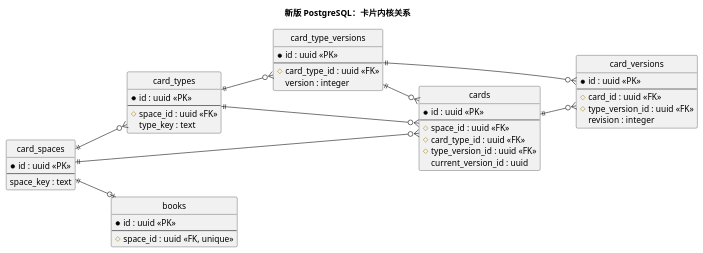
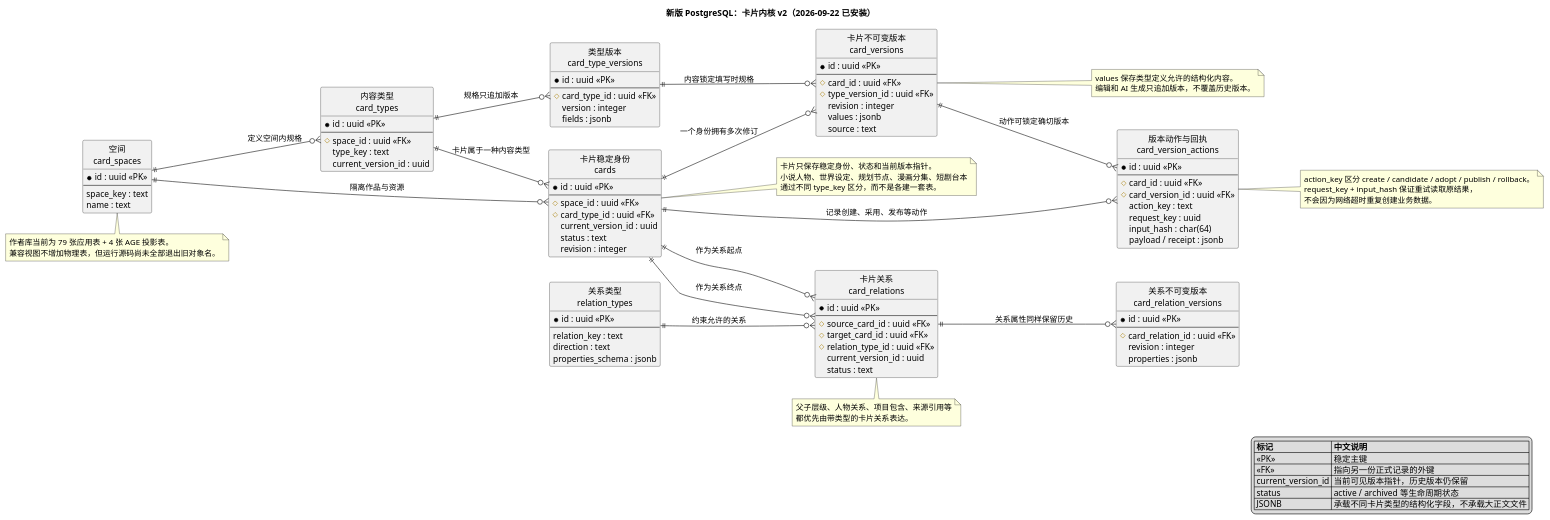
The diagram in doc/20架构/diagrams/card-kernel.puml (leqixiaozi/AI-Novel-Writing-Assistant), drawn with PlantUML before and after one commit. The commit also changed 12 other files, not shown here.

First line of the commit message:
docs(new-design): record installed card-kernel v2 schema

```diff
--- a/doc/20架构/diagrams/card-kernel.puml
+++ b/doc/20架构/diagrams/card-kernel.puml
@@ -1,53 +1,127 @@
 @startuml
-title 新版 PostgreSQL：卡片内核关系
+title 新版 PostgreSQL：卡片内核 v2（2026-09-22 已安装）
 left to right direction
 skinparam shadowing false
 hide circle
 
-entity "card_spaces" as spaces {
+entity "空间\ncard_spaces" as spaces {
   * id : uuid <<PK>>
   --
   space_key : text
+  name : text
 }
-entity "card_types" as types {
+entity "内容类型\ncard_types" as types {
   * id : uuid <<PK>>
   --
   # space_id : uuid <<FK>>
   type_key : text
+  current_version_id : uuid
 }
-entity "card_type_versions" as type_versions {
+entity "类型版本\ncard_type_versions" as type_versions {
   * id : uuid <<PK>>
   --
   # card_type_id : uuid <<FK>>
   version : integer
+  fields : jsonb
 }
-entity "cards" as cards {
+entity "卡片稳定身份\ncards" as cards {
   * id : uuid <<PK>>
   --
   # space_id : uuid <<FK>>
   # card_type_id : uuid <<FK>>
-  # type_version_id : uuid <<FK>>
   current_version_id : uuid
+  status : text
+  revision : integer
 }
-entity "card_versions" as card_versions {
+entity "卡片不可变版本\ncard_versions" as versions {
   * id : uuid <<PK>>
   --
   # card_id : uuid <<FK>>
   # type_version_id : uuid <<FK>>
   revision : integer
+  values : jsonb
+  source : text
 }
-entity "books" as books {
+entity "版本动作与回执\ncard_version_actions" as actions {
   * id : uuid <<PK>>
   --
-  # space_id : uuid <<FK, unique>>
+  # card_id : uuid <<FK>>
+  # card_version_id : uuid <<FK>>
+  action_key : text
+  request_key : uuid
+  input_hash : char(64)
+  payload / receipt : jsonb
+}
+entity "关系类型\nrelation_types" as relation_types {
+  * id : uuid <<PK>>
+  --
+  relation_key : text
+  direction : text
+  properties_schema : jsonb
+}
+entity "卡片关系\ncard_relations" as relations {
+  * id : uuid <<PK>>
+  --
+  # source_card_id : uuid <<FK>>
+  # target_card_id : uuid <<FK>>
+  # relation_type_id : uuid <<FK>>
+  current_version_id : uuid
+  status : text
+}
+entity "关系不可变版本\ncard_relation_versions" as relation_versions {
+  * id : uuid <<PK>>
+  --
+  # card_relation_id : uuid <<FK>>
+  revision : integer
+  properties : jsonb
 }
 
-spaces ||--o{ types
-spaces ||--o{ cards
-spaces ||--o| books
-types ||--o{ type_versions
-types ||--o{ cards
-type_versions ||--o{ cards
-cards ||--o{ card_versions
-type_versions ||--o{ card_versions
+spaces ||--o{ types : 定义空间内规格
+spaces ||--o{ cards : 隔离作品与资源
+types ||--o{ type_versions : 规格只追加版本
+types ||--o{ cards : 卡片属于一种内容类型
+type_versions ||--o{ versions : 内容锁定填写时规格
+cards ||--o{ versions : 一个身份拥有多次修订
+cards ||--o{ actions : 记录创建、采用、发布等动作
+versions ||--o{ actions : 动作可锁定确切版本
+relation_types ||--o{ relations : 约束允许的关系
+cards ||--o{ relations : 作为关系起点
+cards ||--o{ relations : 作为关系终点
+relations ||--o{ relation_versions : 关系属性同样保留历史
+
+note right of cards
+  卡片只保存稳定身份、状态和当前版本指针。
+  小说人物、世界设定、规划节点、漫画分集、短剧台本
+  通过不同 type_key 区分，而不是各建一套表。
+end note
+
+note right of versions
+  values 保存类型定义允许的结构化内容。
+  编辑和 AI 生成只追加版本，不覆盖历史版本。
+end note
+
+note right of actions
+  action_key 区分 create / candidate / adopt / publish / rollback。
+  request_key + input_hash 保证重试读取原结果，
+  不会因为网络超时重复创建业务数据。
+end note
+
+note bottom of relations
+  父子层级、人物关系、项目包含、来源引用等
+  都优先由带类型的卡片关系表达。
+end note
+
+note bottom of spaces
+  作者库当前为 79 张应用表 + 4 张 AGE 投影表。
+  兼容视图不增加物理表，但运行源码尚未全部退出旧对象名。
+end note
+
+legend right
+  |= 标记 |= 中文说明 |
+  | <<PK>> | 稳定主键 |
+  | <<FK>> | 指向另一份正式记录的外键 |
+  | current_version_id | 当前可见版本指针，历史版本仍保留 |
+  | status | active / archived 等生命周期状态 |
+  | JSONB | 承载不同卡片类型的结构化字段，不承载大正文文件 |
+endlegend
 @enduml
```
